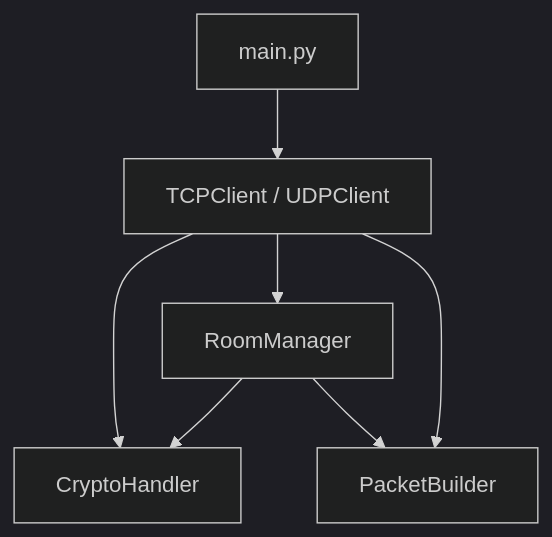
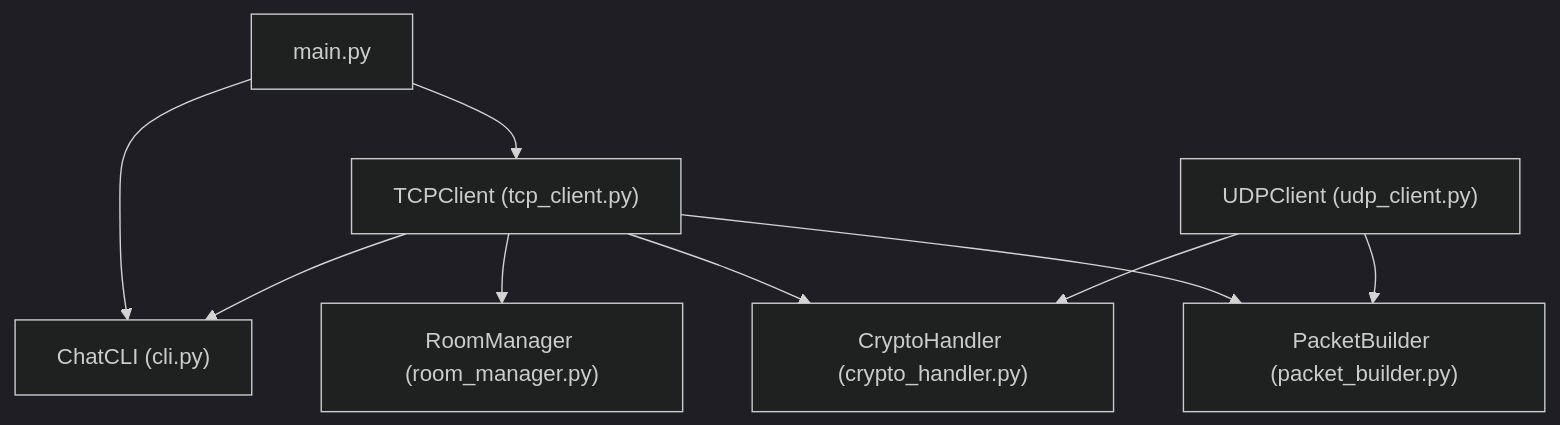
Before and after one commit to BackendExplorer/Online-Chat-Service: the second of 6 diagrams in README.md, drawn with Mermaid (dark theme).

````diff
--- a/README.md
+++ b/README.md
@@ -18,18 +18,28 @@
 ```mermaid
 graph TD
+  %% UI 層
+  UI_main["main.py"]
+  UI_CLI["ChatCLI (cli.py)"]
 
-  UI["main.py"]
-  Application["TCPClient / UDPClient"]
-  Domain["RoomManager"]
-  Infra["CryptoHandler"]
-  Packet["PacketBuilder"]
+  %% アプリケーション層
+  App_TCP["TCPClient (tcp_client.py)"]
+  App_UDP["UDPClient (udp_client.py)"]
 
-  UI --> Application
-  Application --> Domain
-  Domain --> Infra
-  Application --> Infra
-  Application --> Packet
-  Domain --> Packet
+  %% ドメイン層
+  Domain_RM["RoomManager (room_manager.py)"]
 
+  %% インフラ層
+  Infra_CH["CryptoHandler (crypto_handler.py)"]
+  Packet_PB["PacketBuilder (packet_builder.py)"]
+
+  %% 関係矢印
+  UI_main --> UI_CLI
+  UI_main --> App_TCP
+  App_TCP --> UI_CLI
+  App_TCP --> Domain_RM
+  App_TCP --> Infra_CH
+  App_TCP --> Packet_PB
+  App_UDP --> Infra_CH
+  App_UDP --> Packet_PB
 
 ```
````
